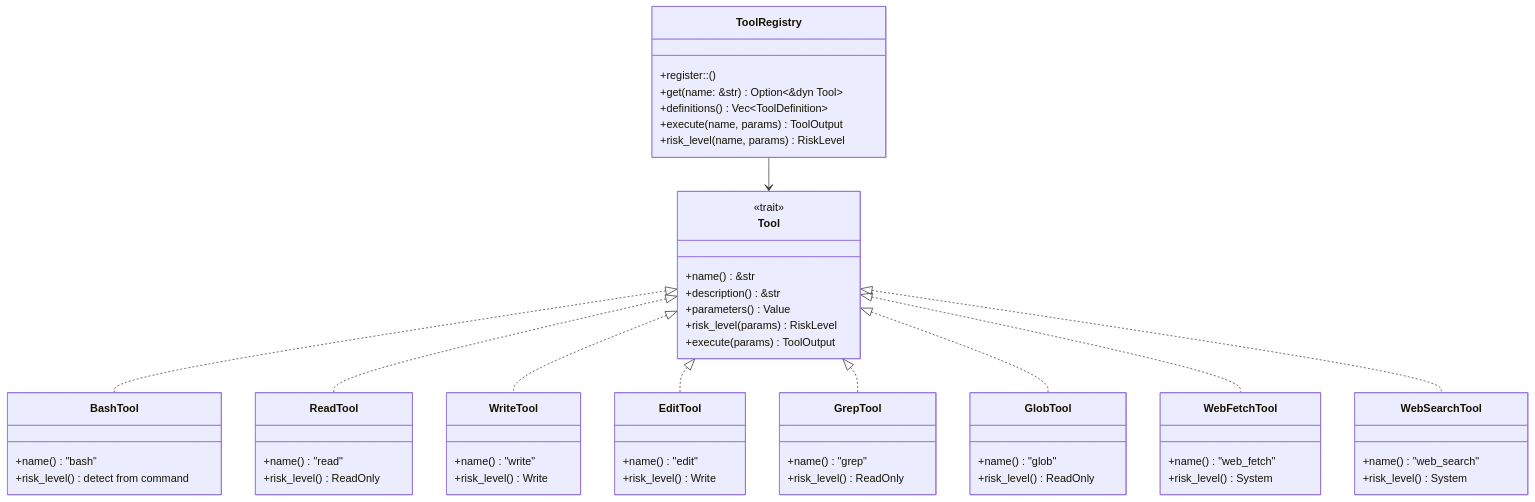
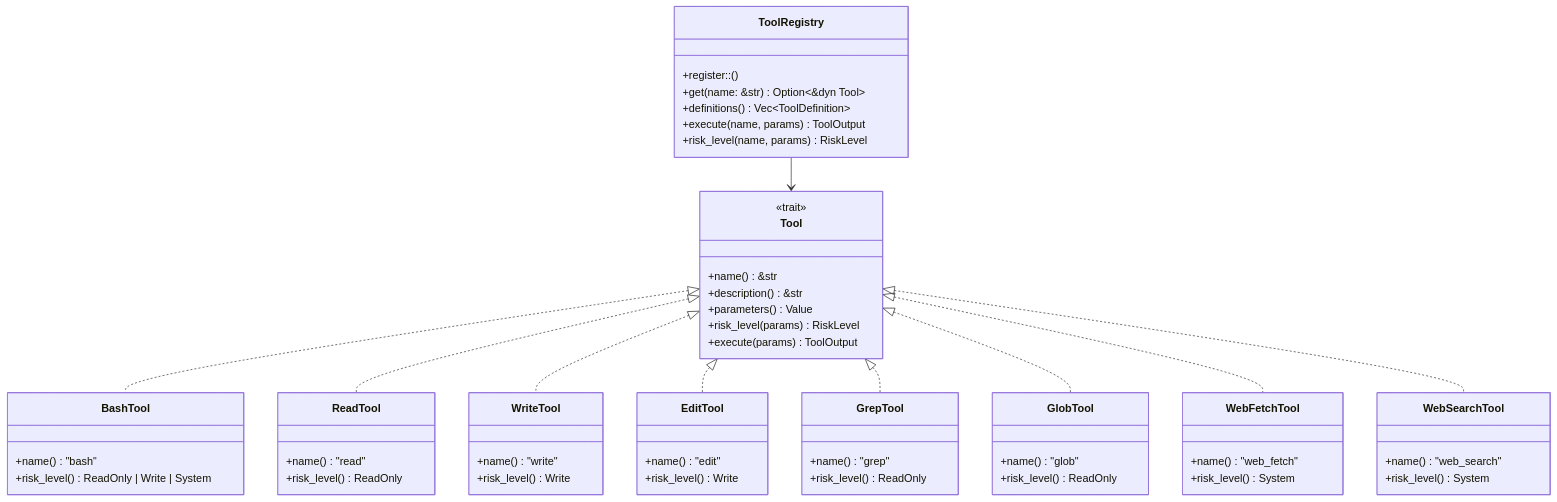
The fourth of 12 diagrams in docs/superpowers/specs/2026-05-04-emergence-design.md (CheneyYin/emergence), drawn with Mermaid before and after one commit. The commit also changed other lines of this file, not shown here.

Commit message:
fix: unify bash tool risk level to read-only/write/system across diagram and table

````diff
--- a/docs/superpowers/specs/2026-05-04-emergence-design.md
+++ b/docs/superpowers/specs/2026-05-04-emergence-design.md
@@ -218,69 +218,69 @@
 ```mermaid
 classDiagram
     class ToolRegistry {
         +register::<T: Tool>()
         +get(name: &str) Option~&dyn Tool~
         +definitions() Vec~ToolDefinition~
         +execute(name, params) ToolOutput
         +risk_level(name, params) RiskLevel
     }
 
     class Tool {
         <<trait>>
         +name() &str
         +description() &str
         +parameters() Value
         +risk_level(params) RiskLevel
         +execute(params) ToolOutput
     }
 
     class BashTool {
         +name() "bash"
-        +risk_level() detect from command
+        +risk_level() ReadOnly | Write | System
     }
 
     class ReadTool {
         +name() "read"
         +risk_level() ReadOnly
     }
 
     class WriteTool {
         +name() "write"
         +risk_level() Write
     }
 
     class EditTool {
         +name() "edit"
         +risk_level() Write
     }
 
     class GrepTool {
         +name() "grep"
         +risk_level() ReadOnly
     }
 
     class GlobTool {
         +name() "glob"
         +risk_level() ReadOnly
     }
 
     class WebFetchTool {
         +name() "web_fetch"
         +risk_level() System
     }
 
     class WebSearchTool {
         +name() "web_search"
         +risk_level() System
     }
 
     ToolRegistry --> Tool
     Tool <|.. BashTool
     Tool <|.. ReadTool
     Tool <|.. WriteTool
     Tool <|.. EditTool
     Tool <|.. GrepTool
     Tool <|.. GlobTool
     Tool <|.. WebFetchTool
     Tool <|.. WebSearchTool
 ```
````
